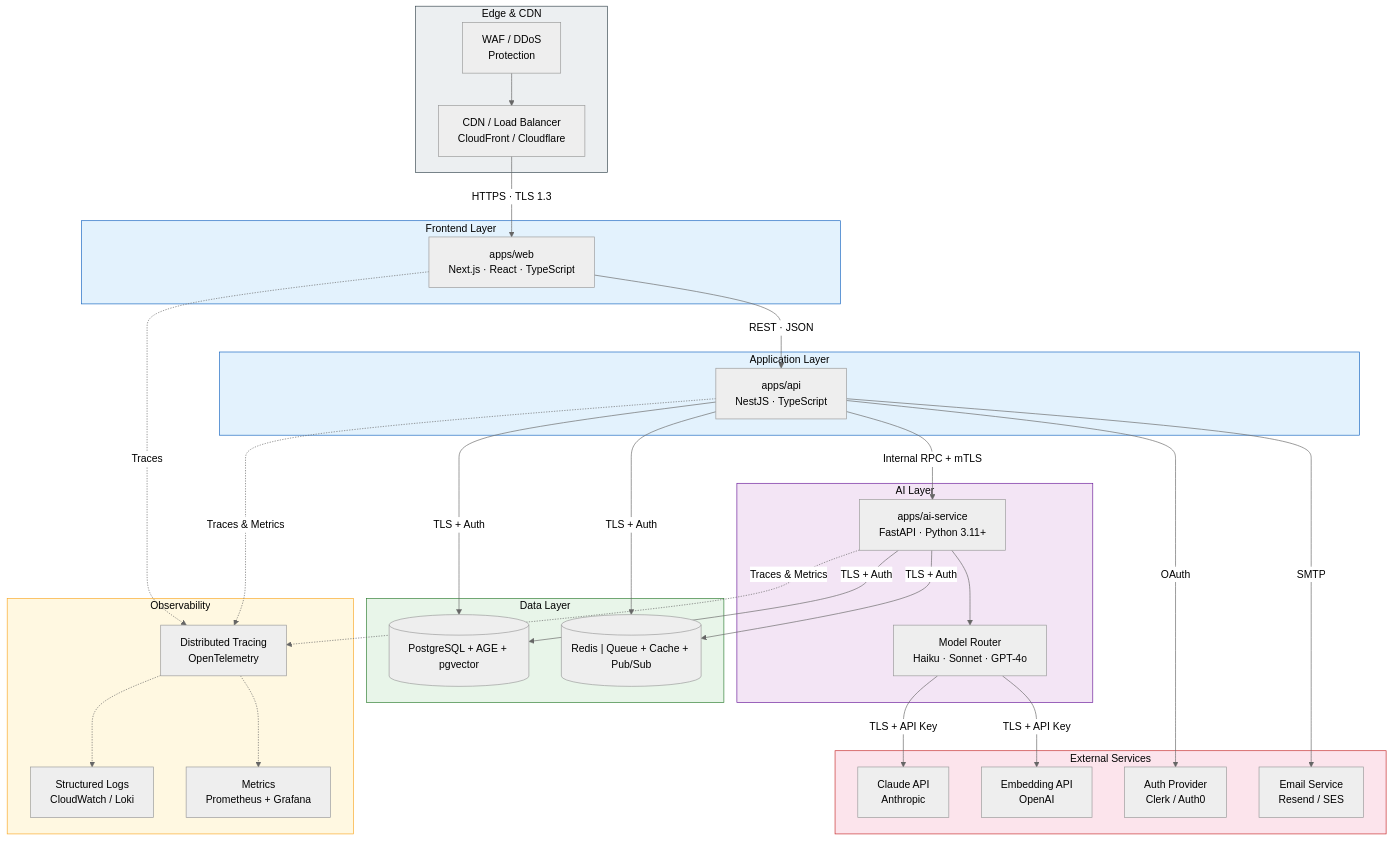
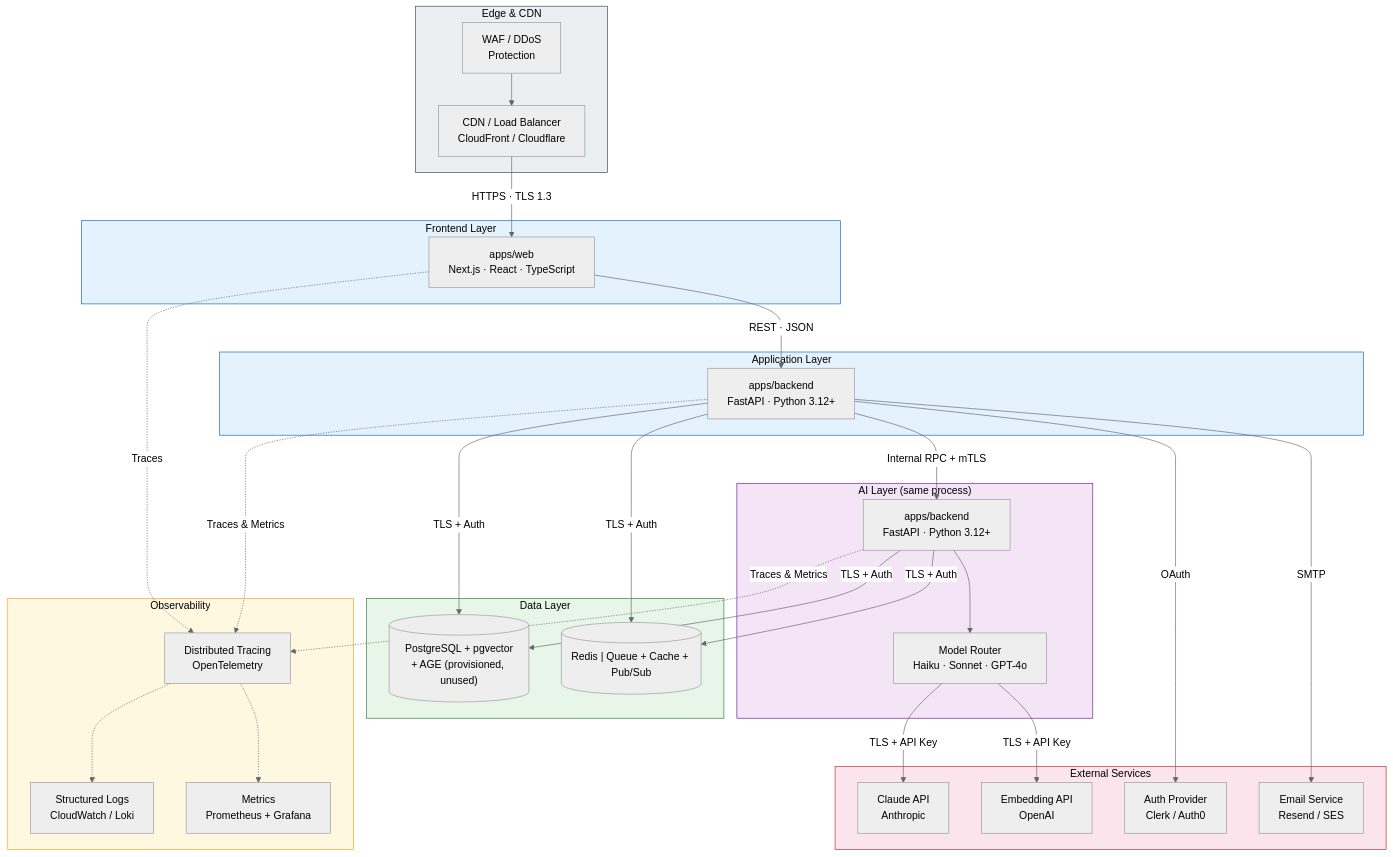
Before and after one commit to Driftloom/Vaeloom: the second of 4 diagrams in docs/architecture/System-Design.md, drawn with Mermaid (neutral theme). The commit also changed other lines of this file and 159 other files, not shown here.

````diff
--- a/docs/architecture/System-Design.md
+++ b/docs/architecture/System-Design.md
@@ -143,81 +150,81 @@
 ```mermaid
 graph TB
     subgraph Edge["Edge & CDN"]
         LB["CDN / Load Balancer<br/>CloudFront / Cloudflare"]
         WAF["WAF / DDoS<br/>Protection"]
     end
 
     subgraph Frontend["Frontend Layer"]
         Web["apps/web<br/>Next.js · React · TypeScript"]
     end
 
     subgraph API_Layer["Application Layer"]
-        API["apps/api<br/>NestJS · TypeScript"]
+        API["apps/backend<br/>FastAPI · Python 3.12+"]
     end
 
-    subgraph AI_Layer["AI Layer"]
-        AISvc["apps/ai-service<br/>FastAPI · Python 3.11+"]
+    subgraph AI_Layer["AI Layer (same process)"]
+        AISvc["apps/backend<br/>FastAPI · Python 3.12+"]
         Router["Model Router<br/>Haiku · Sonnet · GPT-4o"]
     end
 
     subgraph Data["Data Layer"]
-        PG[("PostgreSQL + AGE + pgvector")]
+        PG[("PostgreSQL + pgvector<br/>+ AGE (provisioned, unused)")]
         Redis[("Redis | Queue + Cache + Pub/Sub")]
     end
 
     subgraph Observability["Observability"]
         Logs["Structured Logs<br/>CloudWatch / Loki"]
         Metrics["Metrics<br/>Prometheus + Grafana"]
         Tracing["Distributed Tracing<br/>OpenTelemetry"]
     end
 
     subgraph External["External Services"]
         Claude["Claude API<br/>Anthropic"]
         Embed["Embedding API<br/>OpenAI"]
         SSO["Auth Provider<br/>Clerk / Auth0"]
         Email["Email Service<br/>Resend / SES"]
     end
 
     %% Edge to Frontend
     WAF --> LB
     LB -->|HTTPS · TLS 1.3| Web
 
     %% Frontend to API
     Web -->|REST · JSON| API
 
     %% API to AI
     API -->|Internal RPC + mTLS| AISvc
 
     %% API to Data
     API -->|TLS + Auth| PG
     API -->|TLS + Auth| Redis
 
     %% AI to Data
     AISvc -->|TLS + Auth| PG
     AISvc -->|TLS + Auth| Redis
 
     %% AI to External
     AISvc --> Router
     Router -->|TLS + API Key| Claude
     Router -->|TLS + API Key| Embed
 
     %% API to External
     API -->|OAuth| SSO
     API -->|SMTP| Email
 
     %% Observability
     Web -.->|Traces| Tracing
     API -.->|Traces & Metrics| Tracing
     AISvc -.->|Traces & Metrics| Tracing
     Tracing -.-> Logs
     Tracing -.-> Metrics
 
     %% Styling
     style Edge fill:#eceff1,stroke:#37474f,color:#000
     style Frontend fill:#e3f2fd,stroke:#1565c0,color:#000
     style API_Layer fill:#e3f2fd,stroke:#1565c0,color:#000
     style AI_Layer fill:#f3e5f5,stroke:#6a1b9a,color:#000
     style Data fill:#e8f5e9,stroke:#2e7d32,color:#000
     style Observability fill:#fff8e1,stroke:#f9a825,color:#000
     style External fill:#fce4ec,stroke:#c62828,color:#000
 ```
````
